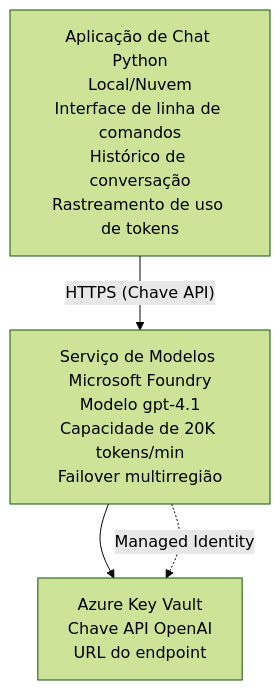
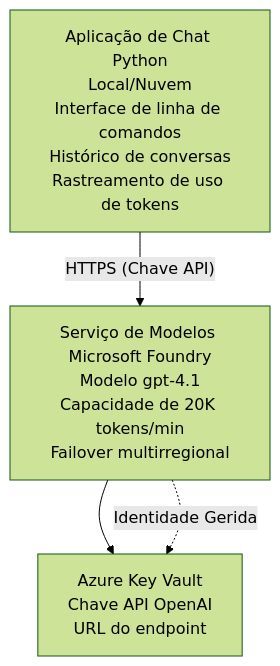
Before and after one commit to microsoft/AZD-for-beginners: the diagram in translations/pt-PT/examples/azure-openai-chat/README.md, drawn with Mermaid (forest theme). The commit also changed other lines of this file and 104 other files, not shown here.

````diff
--- a/translations/pt-PT/examples/azure-openai-chat/README.md
+++ b/translations/pt-PT/examples/azure-openai-chat/README.md
@@ -26,6 +26,6 @@
 ```mermaid
 graph TD
-    App[Aplicação de Chat Python<br/>Local/Nuvem<br/>Interface de linha de comandos<br/>Histórico de conversação<br/>Rastreamento de uso de tokens] -- "HTTPS (Chave API)" --> Foundry[Serviço de Modelos Microsoft Foundry<br/>Modelo gpt-4.1<br/>Capacidade de 20K tokens/min<br/>Failover multirregião]
+    App[Aplicação de Chat Python<br/>Local/Nuvem<br/>Interface de linha de comandos<br/>Histórico de conversas<br/>Rastreamento de uso de tokens] -- "HTTPS (Chave API)" --> Foundry[Serviço de Modelos Microsoft Foundry<br/>Modelo gpt-4.1<br/>Capacidade de 20K tokens/min<br/>Failover multirregional]
     Foundry --> KV[Azure Key Vault<br/>Chave API OpenAI<br/>URL do endpoint]
-    Foundry -. Managed Identity .-> KV
+    Foundry -. Identidade Gerida .-> KV
 ```
````
